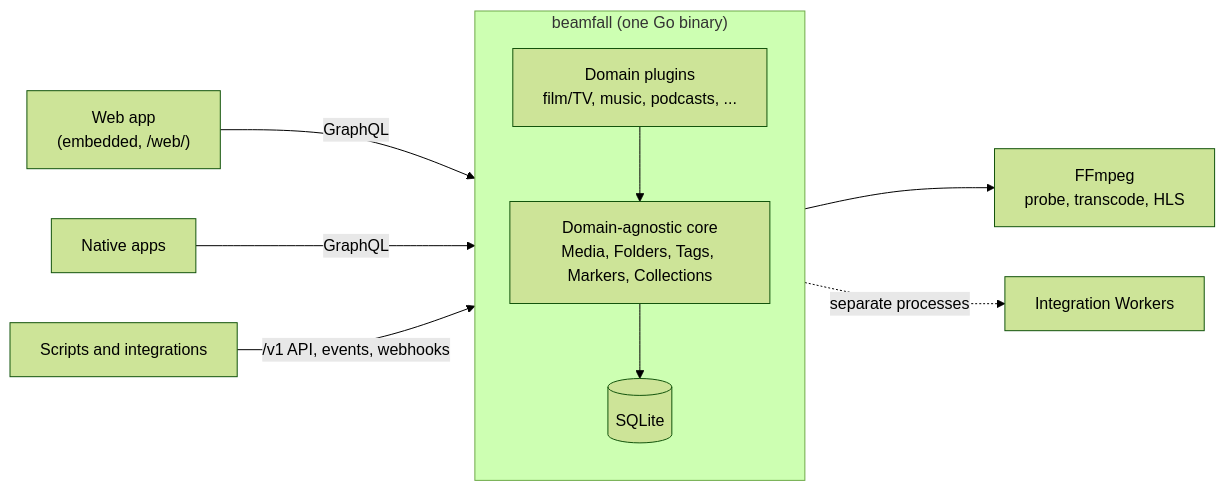
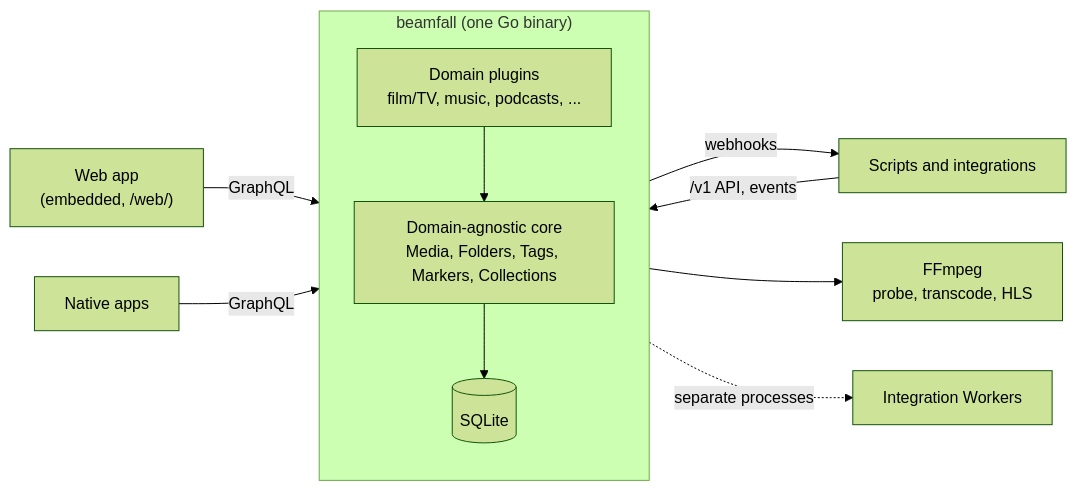
One commit to beamfall/core changed the diagram in README.md. Above: the diagram before and after it, drawn with Mermaid (forest theme). The commit also changed other lines of this file and 2 other files, not shown here.

Commit message:
README: correct backup, token, worker-pin, platform and prerequisite claims; fix inbound anchors (CORE-3447)

````diff
--- a/README.md
+++ b/README.md
@@ -158,13 +161,14 @@
 ```mermaid
 flowchart LR
   web["Web app<br/>(embedded, /web/)"] -->|GraphQL| core
   apps["Native apps"] -->|GraphQL| core
-  integ["Scripts and integrations"] -->|"/v1 API, events, webhooks"| core
+  integ["Scripts and integrations"] -->|"/v1 API, events"| core
+  core -->|webhooks| integ
   subgraph core["beamfall (one Go binary)"]
     direction TB
     plugins["Domain plugins<br/>film/TV, music, podcasts, ..."] --> platform["Domain-agnostic core<br/>Media, Folders, Tags, Markers, Collections"]
     platform --> sqlite[("SQLite")]
   end
   core --> ffmpeg["FFmpeg<br/>probe, transcode, HLS"]
   core -.->|"separate processes"| workers["Integration Workers"]
 ```
````
